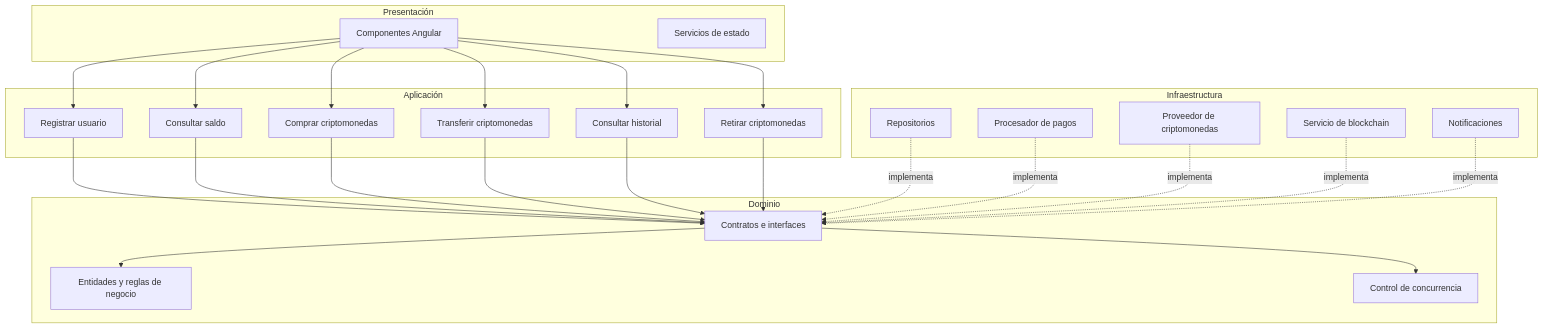
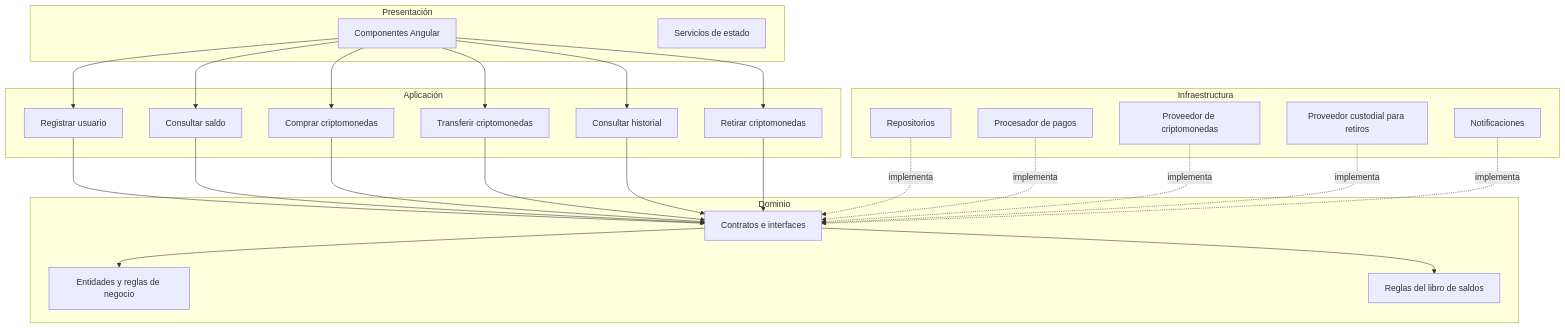
The diagram in docs/02-arquitectura-software/enfoque-arquitectonico.md (B3L70N/Flexcoin-arquitSoft-02-Jordy-Huaman), drawn with Mermaid before and after one commit. The commit also changed other lines of this file and 20 other files, not shown here.

````diff
--- a/docs/02-arquitectura-software/enfoque-arquitectonico.md
+++ b/docs/02-arquitectura-software/enfoque-arquitectonico.md
@@ -72,53 +72,53 @@
 ```mermaid
 flowchart TD
     subgraph Presentacion ["Presentación"]
         P1[Componentes Angular]
         P2[Servicios de estado]
     end
 
     subgraph Aplicacion ["Aplicación"]
         A1[Registrar usuario]
         A2[Consultar saldo]
         A3[Comprar criptomonedas]
         A4[Transferir criptomonedas]
         A5[Consultar historial]
         A6[Retirar criptomonedas]
     end
 
     subgraph Dominio ["Dominio"]
         D1[Entidades y reglas de negocio]
         D2[Contratos e interfaces]
-        D3[Control de concurrencia]
+        D3[Reglas del libro de saldos]
     end
 
     subgraph Infraestructura ["Infraestructura"]
         I1[Repositorios]
         I2[Procesador de pagos]
         I3[Proveedor de criptomonedas]
-        I4[Servicio de blockchain]
+        I4[Proveedor custodial para retiros]
         I5[Notificaciones]
     end
 
     P1 --> A1
     P1 --> A2
     P1 --> A3
     P1 --> A4
     P1 --> A5
     P1 --> A6
 
     A1 --> D2
     A2 --> D2
     A3 --> D2
     A4 --> D2
     A5 --> D2
     A6 --> D2
 
     D2 --> D1
     D2 --> D3
 
     I1 -.->|implementa| D2
     I2 -.->|implementa| D2
     I3 -.->|implementa| D2
     I4 -.->|implementa| D2
     I5 -.->|implementa| D2
 ```
````
